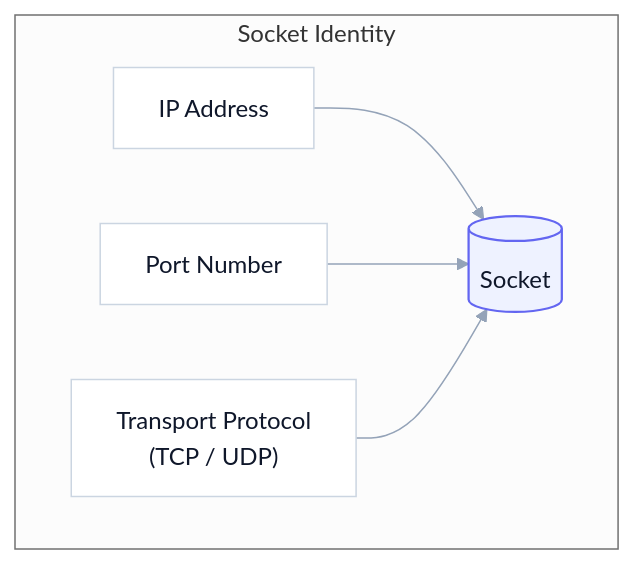
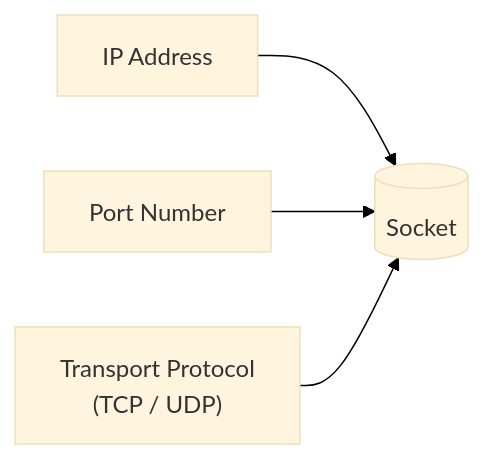
Before and after one commit to hananather/system-design: the first of 5 diagrams in sockets.md, drawn with Mermaid. The commit also changed other lines of this file, not shown here.

Commit message:
Fix Mermaid newlines (use <br/>), force white background, simplify styles to avoid clipping/cutoff

````diff
--- a/sockets.md
+++ b/sockets.md
@@ -8,13 +8,7 @@
 ```mermaid
-%%{init: {'theme':'neutral','themeVariables': { 'fontFamily': 'Inter, ui-sans-serif, system-ui', 'primaryColor':'#F8FAFC','primaryBorderColor':'#64748B','lineColor':'#94A3B8'}}}%%
+%%{init: {'theme': 'base', 'themeVariables': { 'background': '#ffffff', 'fontFamily': 'Inter, ui-sans-serif, system-ui' }}}%%
 flowchart LR
-  subgraph S1["Socket Identity"]
-    direction LR
-    IP["IP Address"]:::dim --> SOCK[("Socket")]:::accent
-    PORT["Port Number"]:::dim --> SOCK
-    PROTO["Transport Protocol<br/>(TCP / UDP)"]:::dim --> SOCK
-  end
-
-  classDef accent fill:#EEF2FF,stroke:#6366F1,stroke-width:1.5px,color:#0F172A;
-  classDef dim fill:#FFFFFF,stroke:#CBD5E1,stroke-width:1px,color:#0F172A;
+  IP["IP Address"] --> SOCK[("Socket")]
+  PORT["Port Number"] --> SOCK
+  PROTO["Transport Protocol<br/>(TCP / UDP)"] --> SOCK
 ```
````
